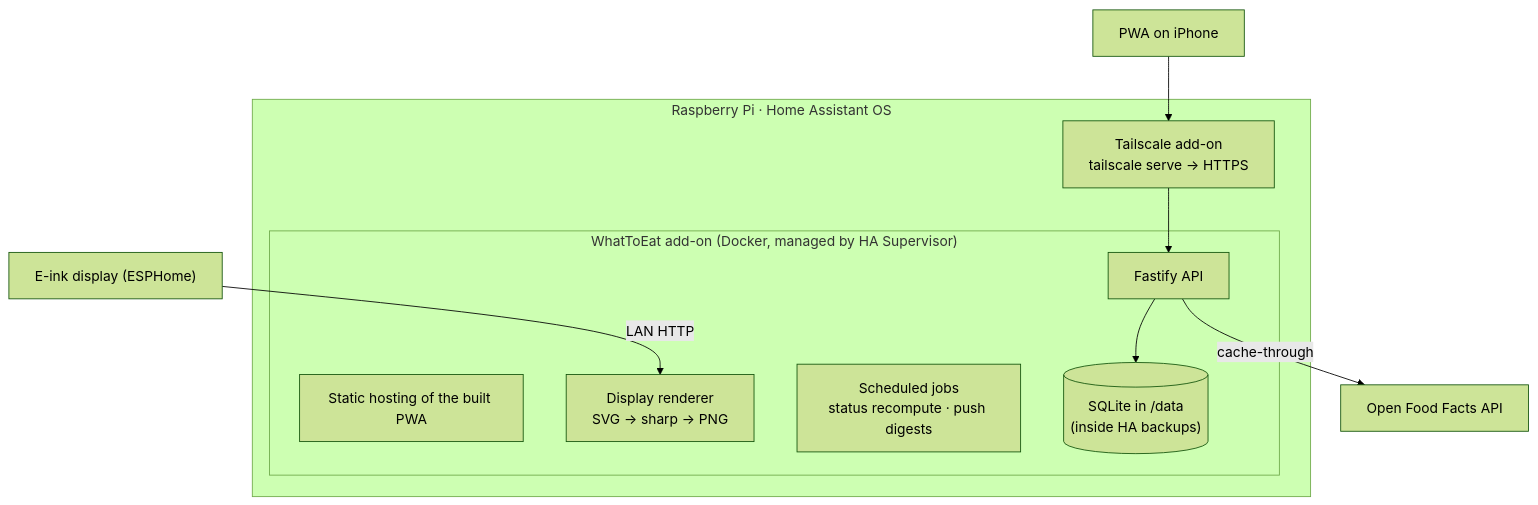
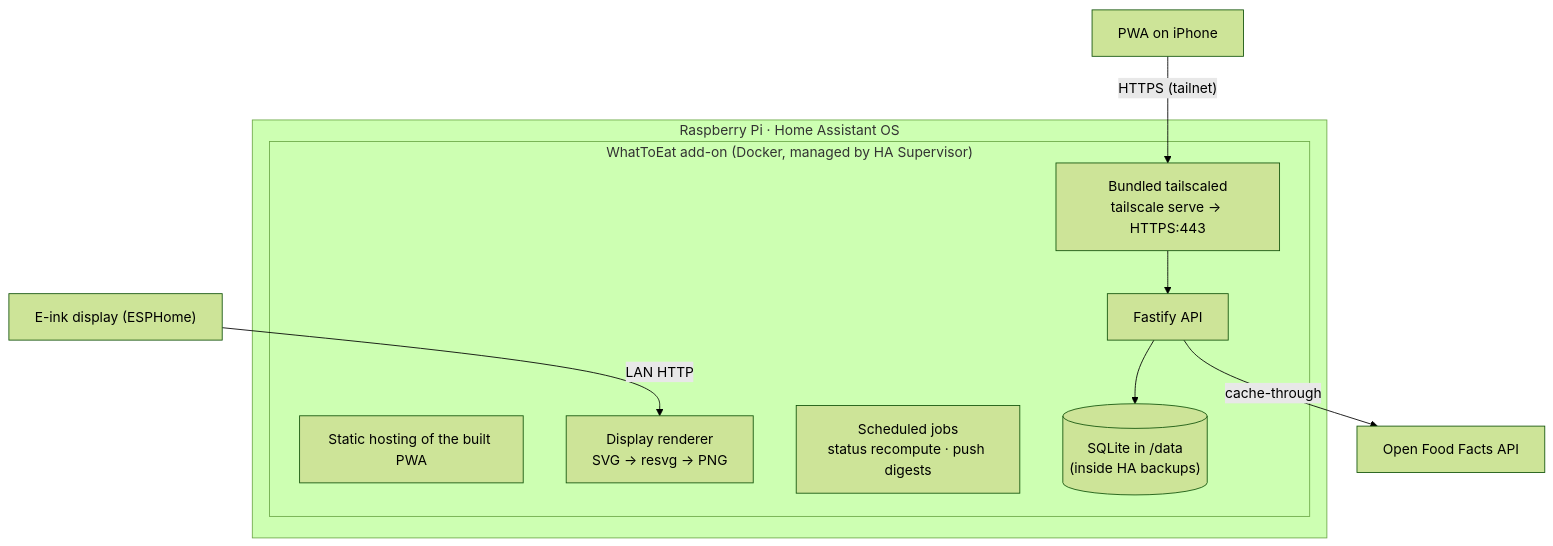
Before and after one commit to lewisf94/EatMe: the first of 2 diagrams in docs/02-architecture.md, drawn with Mermaid (forest theme). The commit also changed other lines of this file and 16 other files, not shown here.

````diff
--- a/docs/02-architecture.md
+++ b/docs/02-architecture.md
@@ -7,17 +7,17 @@
 ```mermaid
 flowchart TB
     subgraph pi["Raspberry Pi · Home Assistant OS"]
         subgraph addon["WhatToEat add-on (Docker, managed by HA Supervisor)"]
+            ts["Bundled tailscaled<br/>tailscale serve → HTTPS:443"]
             api["Fastify API"]
             static["Static hosting of the built PWA"]
-            render["Display renderer<br/>SVG → sharp → PNG"]
+            render["Display renderer<br/>SVG → resvg → PNG"]
             jobs["Scheduled jobs<br/>status recompute · push digests"]
             db[("SQLite in /data<br/>(inside HA backups)")]
         end
-        tailscale["Tailscale add-on<br/>tailscale serve → HTTPS"]
     end
-    pwa["PWA on iPhone"] --> tailscale --> api
+    pwa["PWA on iPhone"] -->|"HTTPS (tailnet)"| ts --> api
     epaper["E-ink display (ESPHome)"] -->|"LAN HTTP"| render
     api --> db
     api -->|"cache-through"| off["Open Food Facts API"]
 ```
````
